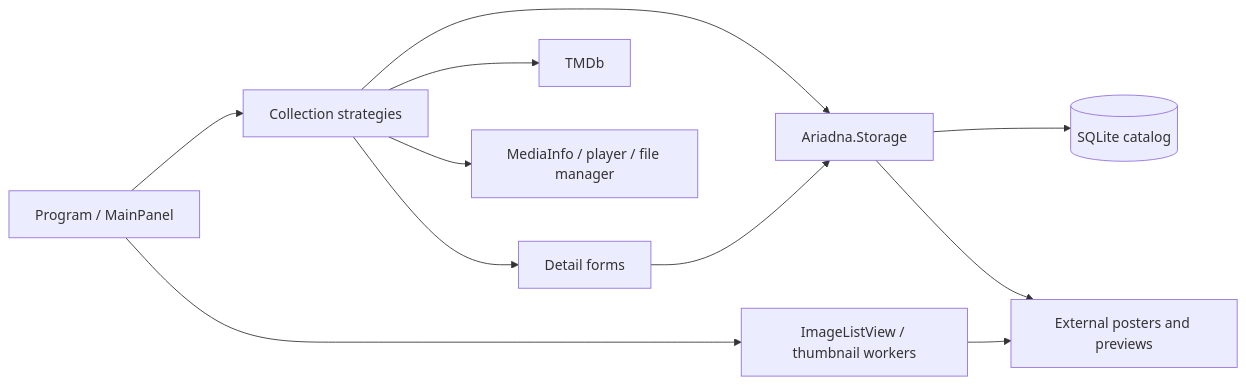
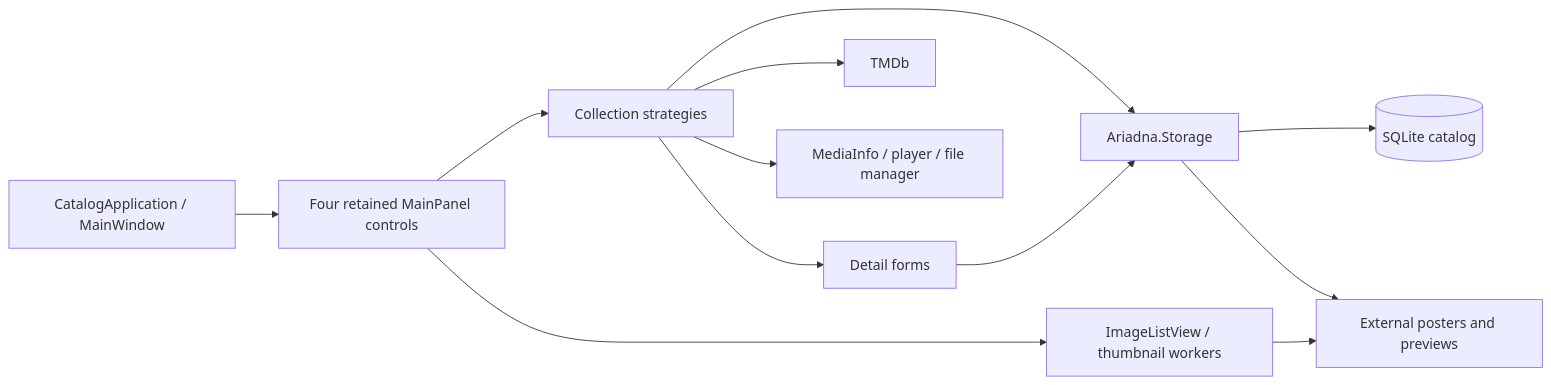
Before and after one commit to Tariatan/Ariadna: the diagram in docs/Technical_Design_Description.md, drawn with Mermaid. The commit also changed other lines of this file and 39 other files, not shown here.

````diff
--- a/docs/Technical_Design_Description.md
+++ b/docs/Technical_Design_Description.md
@@ -76,13 +79,14 @@
 ```mermaid
 flowchart LR
-    Desktop[Program / MainPanel] --> Strategies[Collection strategies]
+    Desktop[CatalogApplication / MainWindow] --> Views[Four retained MainPanel controls]
+    Views --> Strategies[Collection strategies]
     Strategies --> Forms[Detail forms]
     Strategies --> Store[Ariadna.Storage]
     Forms --> Store
     Store --> DB[(SQLite catalog)]
     Store --> Assets[External posters and previews]
-    Desktop --> Grid[ImageListView / thumbnail workers]
+    Views --> Grid[ImageListView / thumbnail workers]
     Grid --> Assets
     Strategies --> TMDb[TMDb]
     Strategies --> Tools[MediaInfo / player / file manager]
 ```
````
